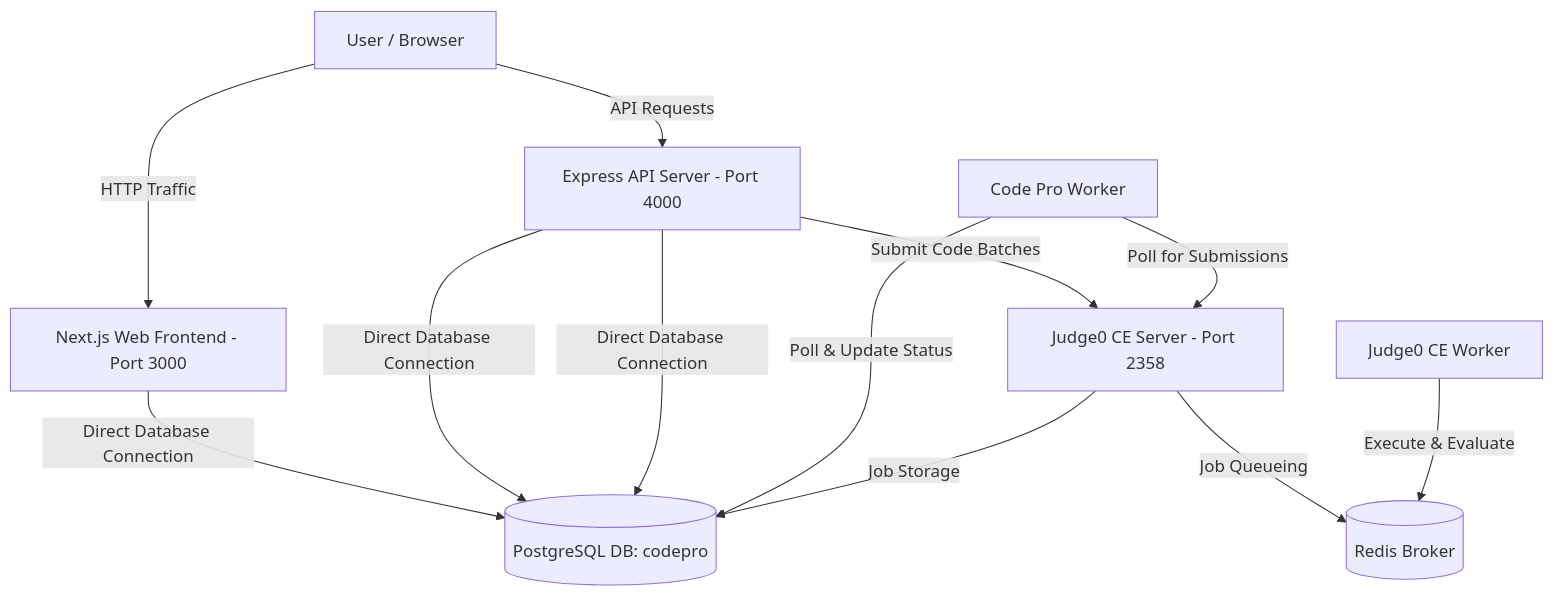
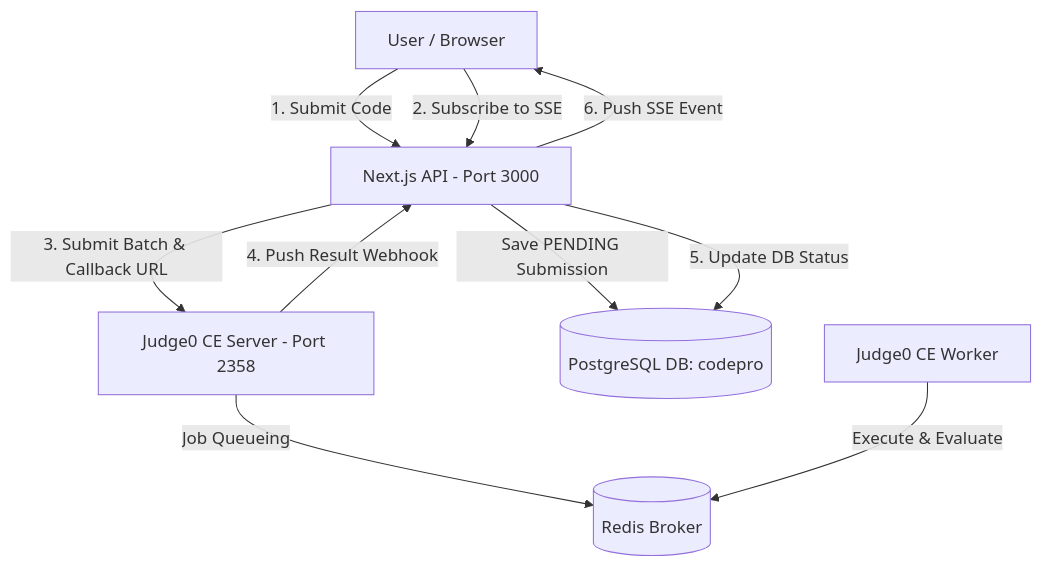
The diagram in DEPLOYMENT.md (AkshatG-coder/codePro), drawn with Mermaid before and after one commit. The commit also changed other lines of this file and 5 other files, not shown here.

Commit message:
feat: upgrade to judge0 webhook and sse architecture

````diff
--- a/DEPLOYMENT.md
+++ b/DEPLOYMENT.md
@@ -19,17 +18,15 @@
 ```mermaid
 graph TD
-    Client[User / Browser] -->|HTTP Traffic| Web[Next.js Web Frontend - Port 3000]
-    Client -->|API Requests| API[Express API Server - Port 4000]
+    Client[User / Browser] -->|1. Submit Code| WebAPI[Next.js API - Port 3000]
+    Client -->|2. Subscribe to SSE| WebAPI
     
-    Web -->|Direct Database Connection| DB[(PostgreSQL DB: codepro)]
-    API -->|Direct Database Connection| DB
-    API -->|Direct Database Connection| DB
-    Worker[Code Pro Worker] -->|Poll & Update Status| DB
+    WebAPI -->|3. Submit Batch & Callback URL| JServer[Judge0 CE Server - Port 2358]
+    WebAPI -->|Save PENDING Submission| DB[(PostgreSQL DB: codepro)]
     
-    API -->|Submit Code Batches| JServer[Judge0 CE Server - Port 2358]
-    Worker -->|Poll for Submissions| JServer
-    
-    JServer -->|Job Storage| DB
     JServer -->|Job Queueing| Redis[(Redis Broker)]
     JWorker[Judge0 CE Worker] -->|Execute & Evaluate| Redis
+    
+    JServer -->|4. Push Result Webhook| WebAPI
+    WebAPI -->|5. Update DB Status| DB
+    WebAPI -->|6. Push SSE Event| Client
 ```
````
